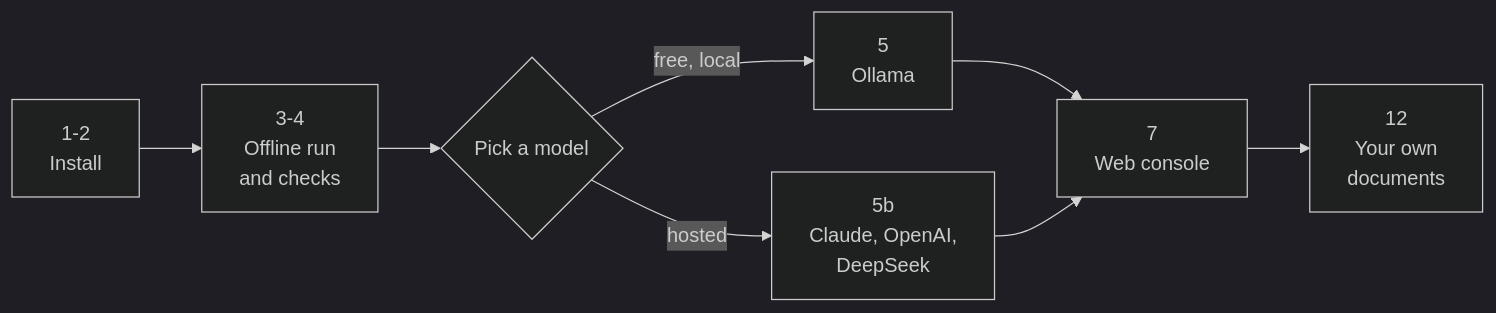
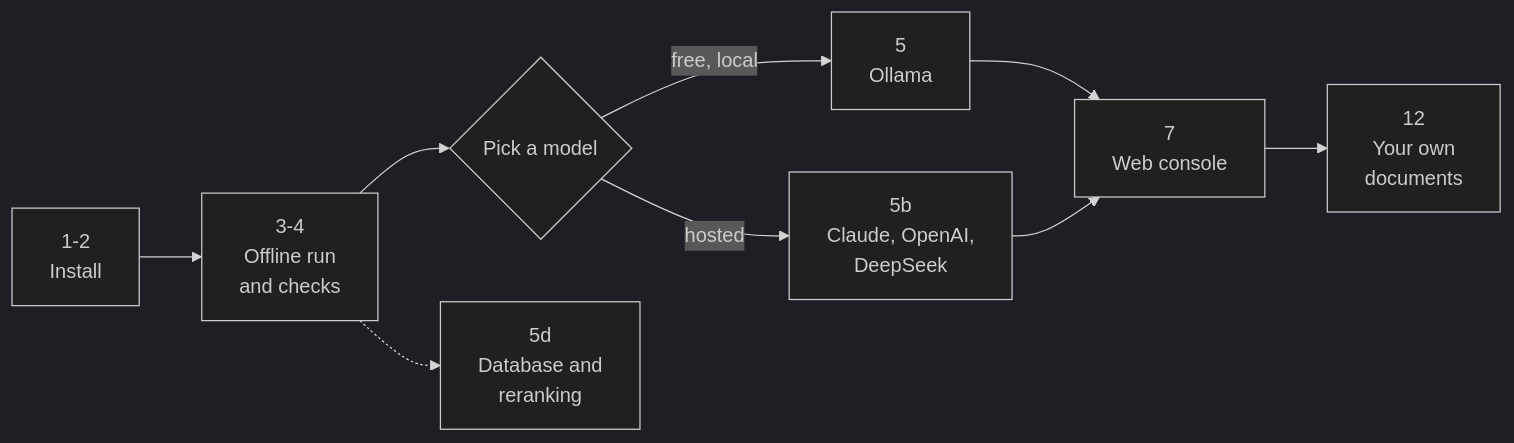
One commit to asadaslam556/agentic-rag-assistant changed the diagram in docs/setup-guide.md. Above: the diagram before and after it, drawn with Mermaid (dark theme). The commit also changed other lines of this file and 51 other files, not shown here.

````diff
--- a/docs/setup-guide.md
+++ b/docs/setup-guide.md
@@ -18,10 +18,11 @@
 ```mermaid
 flowchart LR
     A["1-2<br/>Install"] --> B["3-4<br/>Offline run<br/>and checks"]
     B --> C{"Pick a model"}
     C -->|free, local| D["5<br/>Ollama"]
     C -->|hosted| E["5b<br/>Claude, OpenAI,<br/>DeepSeek"]
     D --> F["7<br/>Web console"]
+    B -.-> H["5d<br/>Database and<br/>reranking"]
     E --> F
     F --> G["12<br/>Your own<br/>documents"]
 ```
````
